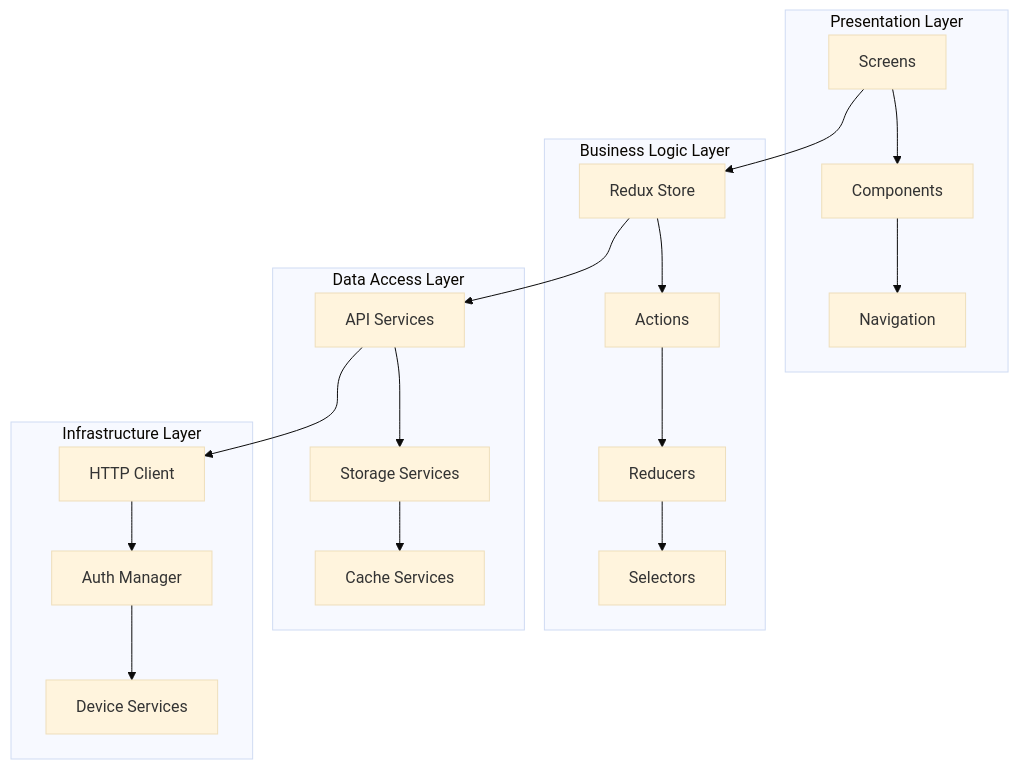
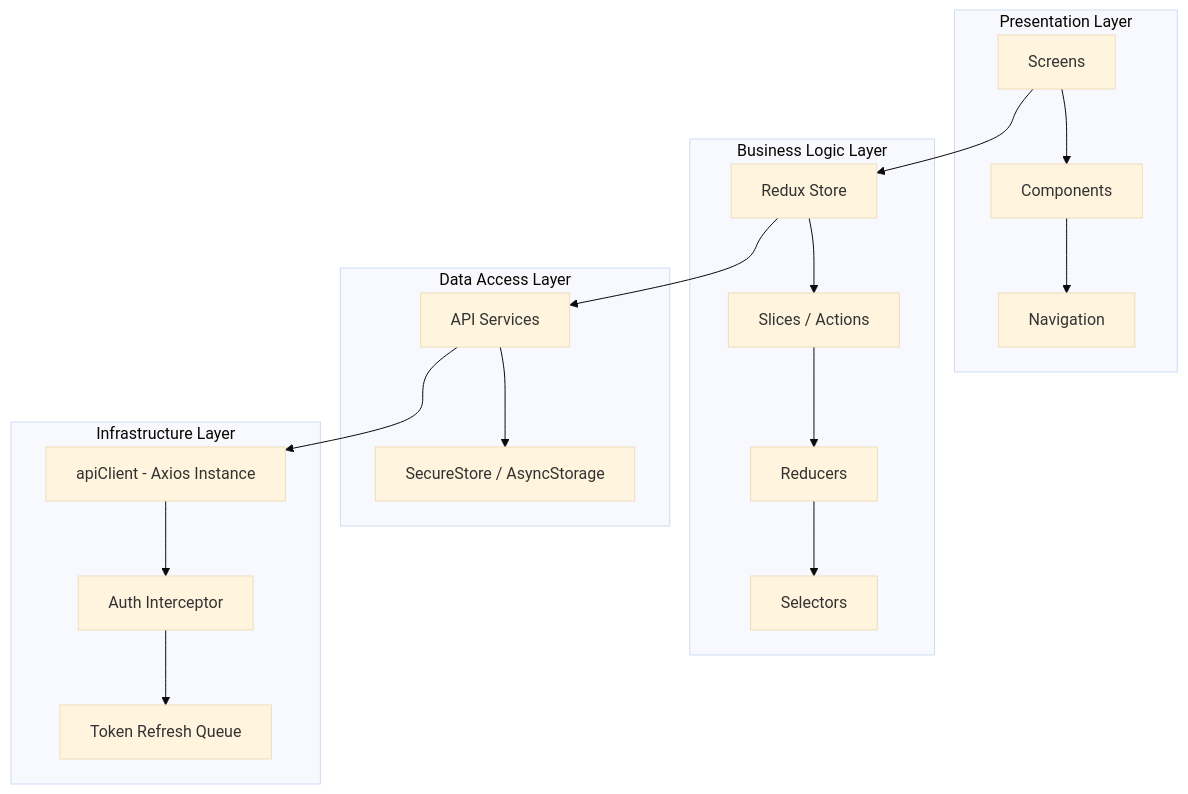
Before and after one commit to Tuanph1970/all_projects: the first of 3 diagrams in mathematic-mobile/documents/front_end_design.md, drawn with Mermaid (base theme). The commit also changed other lines of this file and 24 other files, not shown here.

````diff
--- a/mathematic-mobile/documents/front_end_design.md
+++ b/mathematic-mobile/documents/front_end_design.md
@@ -21,27 +22,26 @@
 ```mermaid
 graph TB
     subgraph "Presentation Layer"
         A[Screens] --> B[Components]
         B --> C[Navigation]
     end
-    
+
     subgraph "Business Logic Layer"
-        D[Redux Store] --> E[Actions]
+        D[Redux Store] --> E[Slices / Actions]
         E --> F[Reducers]
         F --> G[Selectors]
     end
-    
+
     subgraph "Data Access Layer"
-        H[API Services] --> I[Storage Services]
-        I --> J[Cache Services]
+        H[API Services] --> I[SecureStore / AsyncStorage]
     end
-    
+
     subgraph "Infrastructure Layer"
-        K[HTTP Client] --> L[Auth Manager]
-        L --> M[Device Services]
+        K[apiClient - Axios Instance] --> L[Auth Interceptor]
+        L --> M[Token Refresh Queue]
     end
-    
+
     A --> D
     D --> H
     H --> K
 ```
````
